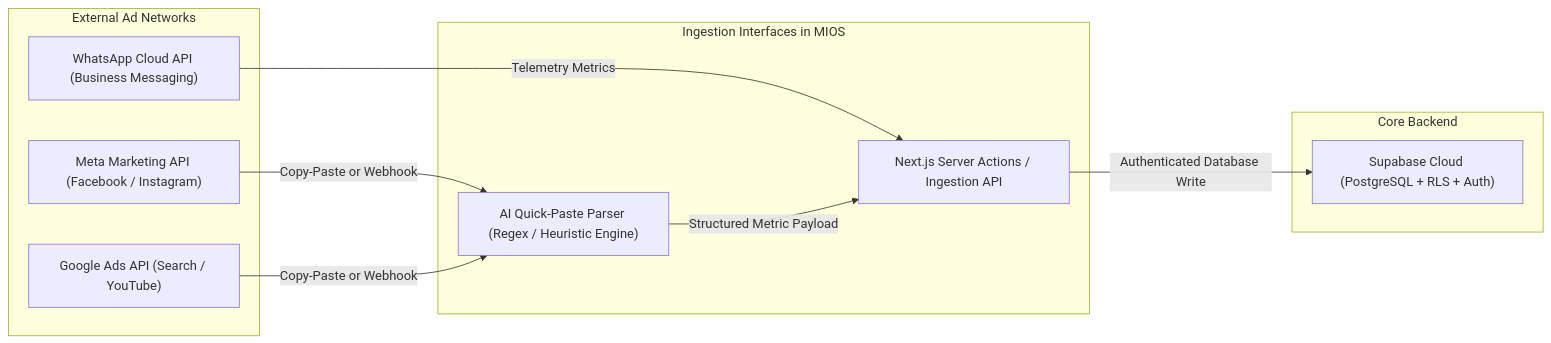
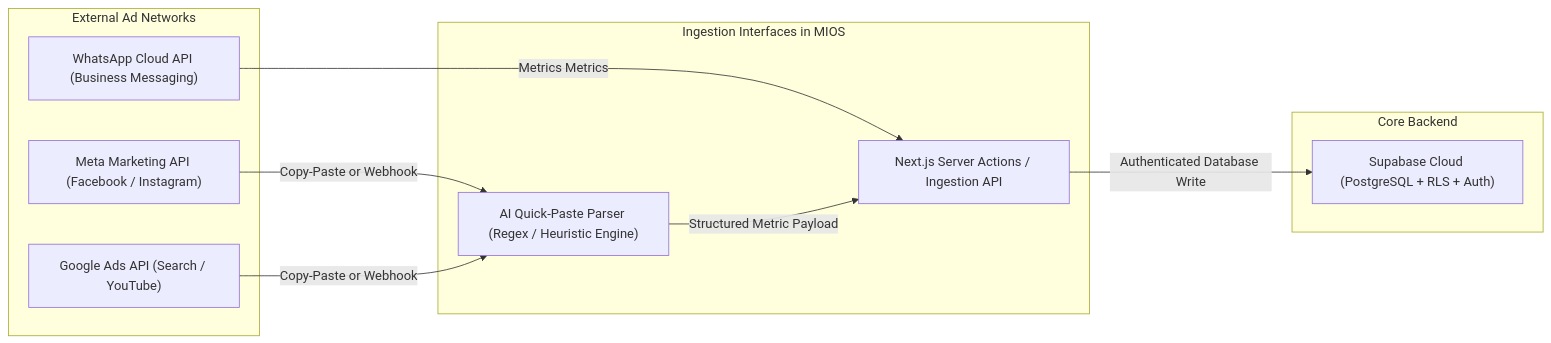
Before and after one commit to joshihridesh001-png/MIOS: the diagram in docs/integrations.md, drawn with Mermaid. The commit also changed 24 other files, not shown here.

````diff
--- a/docs/integrations.md
+++ b/docs/integrations.md
@@ -8,23 +8,23 @@
 ```mermaid
 graph LR
     subgraph "External Ad Networks"
         Meta["Meta Marketing API (Facebook / Instagram)"]
         Google["Google Ads API (Search / YouTube)"]
         WA["WhatsApp Cloud API (Business Messaging)"]
     end
 
     subgraph "Ingestion Interfaces in MIOS"
         QuickPaste["AI Quick-Paste Parser (Regex / Heuristic Engine)"]
         API["Next.js Server Actions / Ingestion API"]
     end
 
     subgraph "Core Backend"
         Supabase["Supabase Cloud (PostgreSQL + RLS + Auth)"]
     end
 
     Meta -->|Copy-Paste or Webhook| QuickPaste
     Google -->|Copy-Paste or Webhook| QuickPaste
-    WA -->|Telemetry Metrics| API
+    WA -->|Metrics Metrics| API
     QuickPaste -->|Structured Metric Payload| API
     API -->|Authenticated Database Write| Supabase
 ```
````
